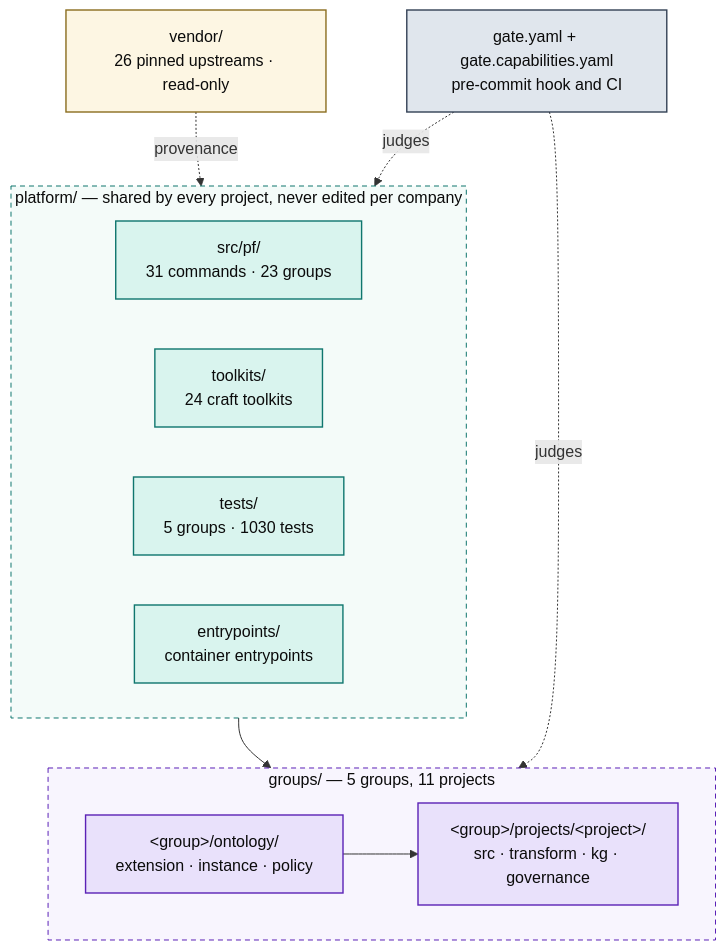
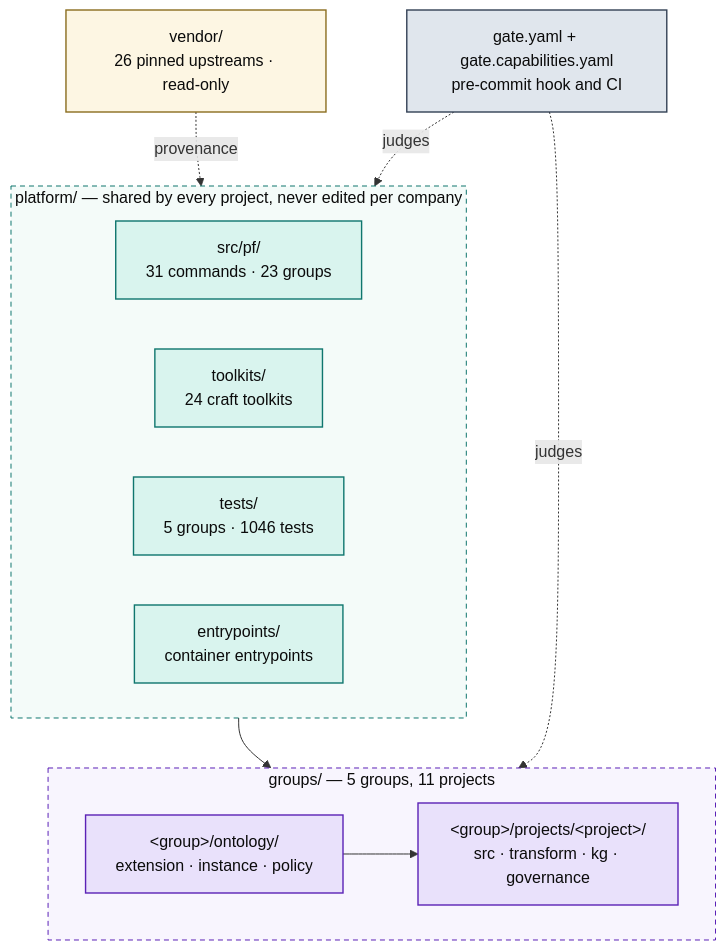
One commit to Atomz-org/data-platform changed the first of 5 diagrams in docs/ARCHITECTURE.md. Above: the diagram before and after it, drawn with Mermaid. The commit also changed other lines of this file and 8 other files, not shown here.

````diff
--- a/docs/ARCHITECTURE.md
+++ b/docs/ARCHITECTURE.md
@@ -15,36 +15,36 @@
 ```mermaid
 flowchart TB
   subgraph SHARED["platform/ — shared by every project, never edited per company"]
     direction LR
     ENG["src/pf/<br/>31 commands · 23 groups"]
     TK["toolkits/<br/>24 craft toolkits"]
-    TST["tests/<br/>5 groups · 1030 tests"]
+    TST["tests/<br/>5 groups · 1046 tests"]
     ENT["entrypoints/<br/>container entrypoints"]
   end
 
   subgraph ENTITIES["groups/ — 5 groups, 11 projects"]
     direction LR
     GRP["&lt;group&gt;/ontology/<br/>extension · instance · policy"]
     PRJ["&lt;group&gt;/projects/&lt;project&gt;/<br/>src · transform · kg · governance"]
     GRP --> PRJ
   end
 
   VEN["vendor/<br/>26 pinned upstreams · read-only"]
   GATE["gate.yaml + gate.capabilities.yaml<br/>pre-commit hook and CI"]
 
   SHARED --> ENTITIES
   VEN -.provenance.-> SHARED
   GATE -.judges.-> ENTITIES
   GATE -.judges.-> SHARED
 
   classDef code fill:#d9f4ee,stroke:#0f766e,stroke-width:1.4px,color:#0b0b0b
   classDef data fill:#e9e1fb,stroke:#5b21b6,stroke-width:1.4px,color:#0b0b0b
   classDef gov fill:#e0e6ed,stroke:#334155,stroke-width:1.4px,color:#0b0b0b
   classDef ext fill:#fdf6e3,stroke:#8a6d1f,stroke-width:1.4px,color:#0b0b0b
   class ENG,TK,TST,ENT code
   class GRP,PRJ data
   class GATE gov
   class VEN ext
   style SHARED fill:#f4fbf9,stroke:#0f766e,stroke-dasharray:5 4,color:#0b0b0b
   style ENTITIES fill:#f8f5fe,stroke:#5b21b6,stroke-dasharray:5 4,color:#0b0b0b
 ```
````
